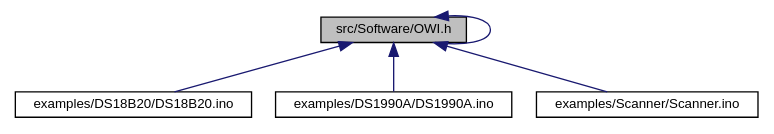
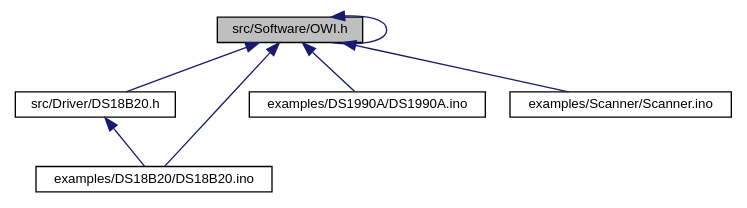
One commit to mikaelpatel/mikaelpatel.github.io changed the diagram in Arduino-OWI/d1/dc9/Software_2OWI_8h__dep__incl.dot. Above: the diagram before and after it, drawn with Graphviz. The commit also changed 69 other files, not shown here.

```diff
--- a/Arduino-OWI/d1/dc9/Software_2OWI_8h__dep__incl.dot
+++ b/Arduino-OWI/d1/dc9/Software_2OWI_8h__dep__incl.dot
@@ -1,13 +1,16 @@
 digraph "src/Software/OWI.h"
 {
   edge [fontname="Helvetica",fontsize="10",labelfontname="Helvetica",labelfontsize="10"];
   node [fontname="Helvetica",fontsize="10",shape=record];
   Node1 [label="src/Software/OWI.h",height=0.2,width=0.4,color="black", fillcolor="grey75", style="filled", fontcolor="black"];
+  Node1 -> Node2 [dir="back",color="midnightblue",fontsize="10",style="solid",fontname="Helvetica"];
+  Node2 [label="src/Driver/DS18B20.h",height=0.2,width=0.4,color="black", fillcolor="white", style="filled",URL="$d4/d9d/DS18B20_8h.html"];
+  Node2 -> Node3 [dir="back",color="midnightblue",fontsize="10",style="solid",fontname="Helvetica"];
+  Node3 [label="examples/DS18B20/DS18B20.ino",height=0.2,width=0.4,color="black", fillcolor="white", style="filled",URL="$de/d2e/DS18B20_8ino.html"];
   Node1 -> Node1 [dir="back",color="midnightblue",fontsize="10",style="solid",fontname="Helvetica"];
-  Node1 -> Node2 [dir="back",color="midnightblue",fontsize="10",style="solid",fontname="Helvetica"];
-  Node2 [label="examples/DS18B20/DS18B20.ino",height=0.2,width=0.4,color="black", fillcolor="white", style="filled",URL="$de/d2e/DS18B20_8ino.html"];
   Node1 -> Node3 [dir="back",color="midnightblue",fontsize="10",style="solid",fontname="Helvetica"];
-  Node3 [label="examples/DS1990A/DS1990A.ino",height=0.2,width=0.4,color="black", fillcolor="white", style="filled",URL="$dc/d26/DS1990A_8ino.html"];
   Node1 -> Node4 [dir="back",color="midnightblue",fontsize="10",style="solid",fontname="Helvetica"];
-  Node4 [label="examples/Scanner/Scanner.ino",height=0.2,width=0.4,color="black", fillcolor="white", style="filled",URL="$dd/da4/Scanner_8ino.html"];
+  Node4 [label="examples/DS1990A/DS1990A.ino",height=0.2,width=0.4,color="black", fillcolor="white", style="filled",URL="$dc/d26/DS1990A_8ino.html"];
+  Node1 -> Node5 [dir="back",color="midnightblue",fontsize="10",style="solid",fontname="Helvetica"];
+  Node5 [label="examples/Scanner/Scanner.ino",height=0.2,width=0.4,color="black", fillcolor="white", style="filled",URL="$dd/da4/Scanner_8ino.html"];
 }
```
